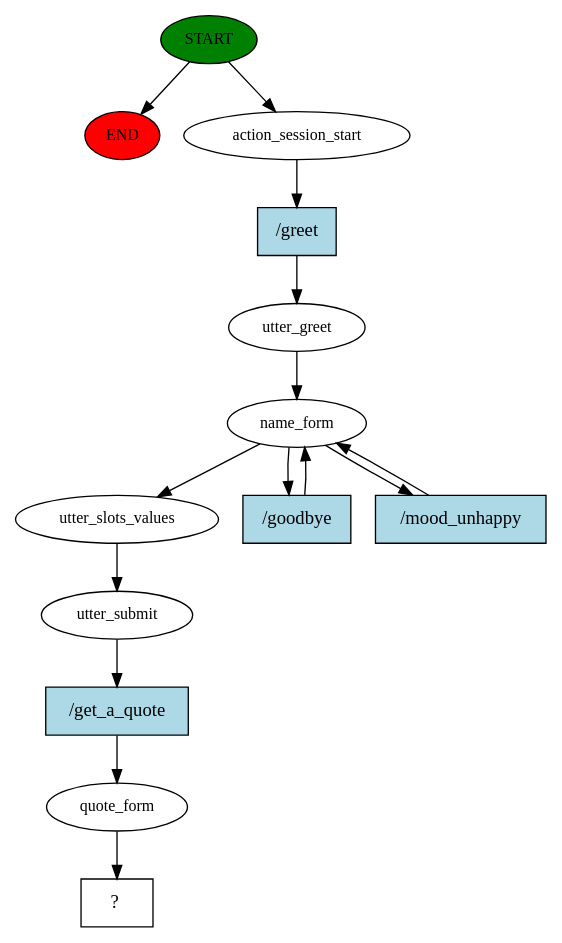
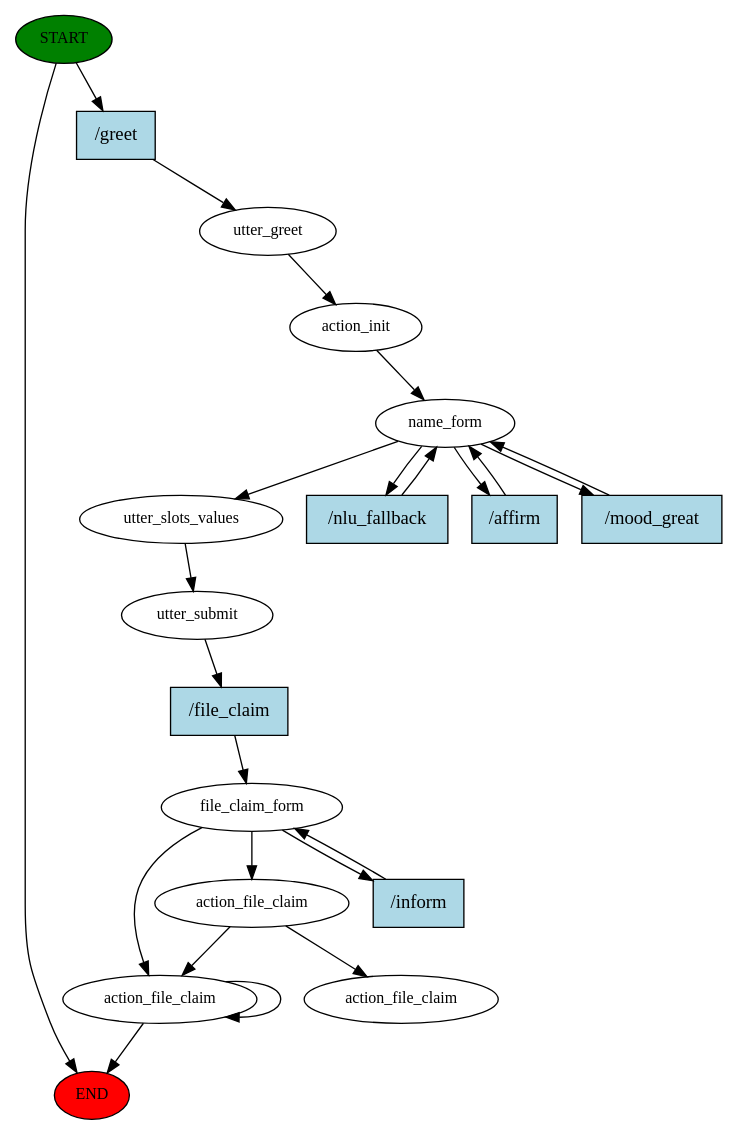
The diagram in story_graph.dot (SiddharthChauhan303/AIChatBot), drawn with Graphviz before and after one commit. The commit also changed 364 other files, not shown here.

```diff
--- a/story_graph.dot
+++ b/story_graph.dot
@@ -1,29 +1,42 @@
 digraph  {
 0 [class="start active", fillcolor=green, fontsize=12, label=START, style=filled];
 "-1" [class=end, fillcolor=red, fontsize=12, label=END, style=filled];
-1 [class=active, fontsize=12, label=action_session_start];
-2 [class=active, fontsize=12, label=utter_greet];
+1 [class=active, fontsize=12, label=utter_greet];
+2 [class=active, fontsize=12, label=action_init];
 3 [class=active, fontsize=12, label=name_form];
 6 [class=active, fontsize=12, label=utter_slots_values];
 7 [class=active, fontsize=12, label=utter_submit];
-8 [class=active, fontsize=12, label=quote_form];
-9 [class="intent dashed active", label="  ?  ", shape=rect];
-10 [class="intent active", fillcolor=lightblue, label="/greet", shape=rect, style=filled];
-11 [class="intent active", fillcolor=lightblue, label="/goodbye", shape=rect, style=filled];
-12 [class="intent active", fillcolor=lightblue, label="/mood_unhappy", shape=rect, style=filled];
-13 [class="intent active", fillcolor=lightblue, label="/get_a_quote", shape=rect, style=filled];
+8 [class=active, fontsize=12, label=file_claim_form];
+11 [class="", fontsize=12, label=action_file_claim];
+24 [class=active, fontsize=12, label=action_file_claim];
+37 [class="dashed active", fontsize=12, label=action_file_claim];
+38 [class="intent active", fillcolor=lightblue, label="/greet", shape=rect, style=filled];
+39 [class="intent active", fillcolor=lightblue, label="/nlu_fallback", shape=rect, style=filled];
+40 [class=intent, fillcolor=lightblue, label="/affirm", shape=rect, style=filled];
+41 [class="intent active", fillcolor=lightblue, label="/mood_great", shape=rect, style=filled];
+42 [class="intent active", fillcolor=lightblue, label="/file_claim", shape=rect, style=filled];
+43 [class="intent active", fillcolor=lightblue, label="/inform", shape=rect, style=filled];
 0 -> "-1"  [class="", key=NONE, label=""];
-0 -> 1  [class=active, key=NONE, label=""];
-1 -> 10  [class=active, key=0];
+0 -> 38  [class=active, key=0];
+1 -> 2  [class=active, key=NONE, label=""];
 2 -> 3  [class=active, key=NONE, label=""];
 3 -> 6  [class=active, key=NONE, label=""];
-3 -> 11  [class=active, key=0];
-3 -> 12  [class=active, key=0];
+3 -> 39  [class=active, key=0];
+3 -> 40  [class="", key=0];
+3 -> 41  [class=active, key=0];
 6 -> 7  [class=active, key=NONE, label=""];
-7 -> 13  [class=active, key=0];
-8 -> 9  [class=active, key=NONE, label=""];
-10 -> 2  [class=active, key=0];
-11 -> 3  [class=active, key=0];
-12 -> 3  [class=active, key=0];
-13 -> 8  [class=active, key=0];
+7 -> 42  [class=active, key=0];
+8 -> 11  [class="", key=NONE, label=""];
+8 -> 24  [class=active, key=NONE, label=""];
+8 -> 43  [class=active, key=0];
+11 -> 11  [class="", key=NONE, label=""];
+11 -> "-1"  [class="", key=NONE, label=""];
+24 -> 11  [class="", key=NONE, label=""];
+24 -> 37  [class=active, key=NONE, label=""];
+38 -> 1  [class=active, key=0];
+39 -> 3  [class=active, key=0];
+40 -> 3  [class="", key=0];
+41 -> 3  [class=active, key=0];
+42 -> 8  [class=active, key=0];
+43 -> 8  [class=active, key=0];
 }
```
